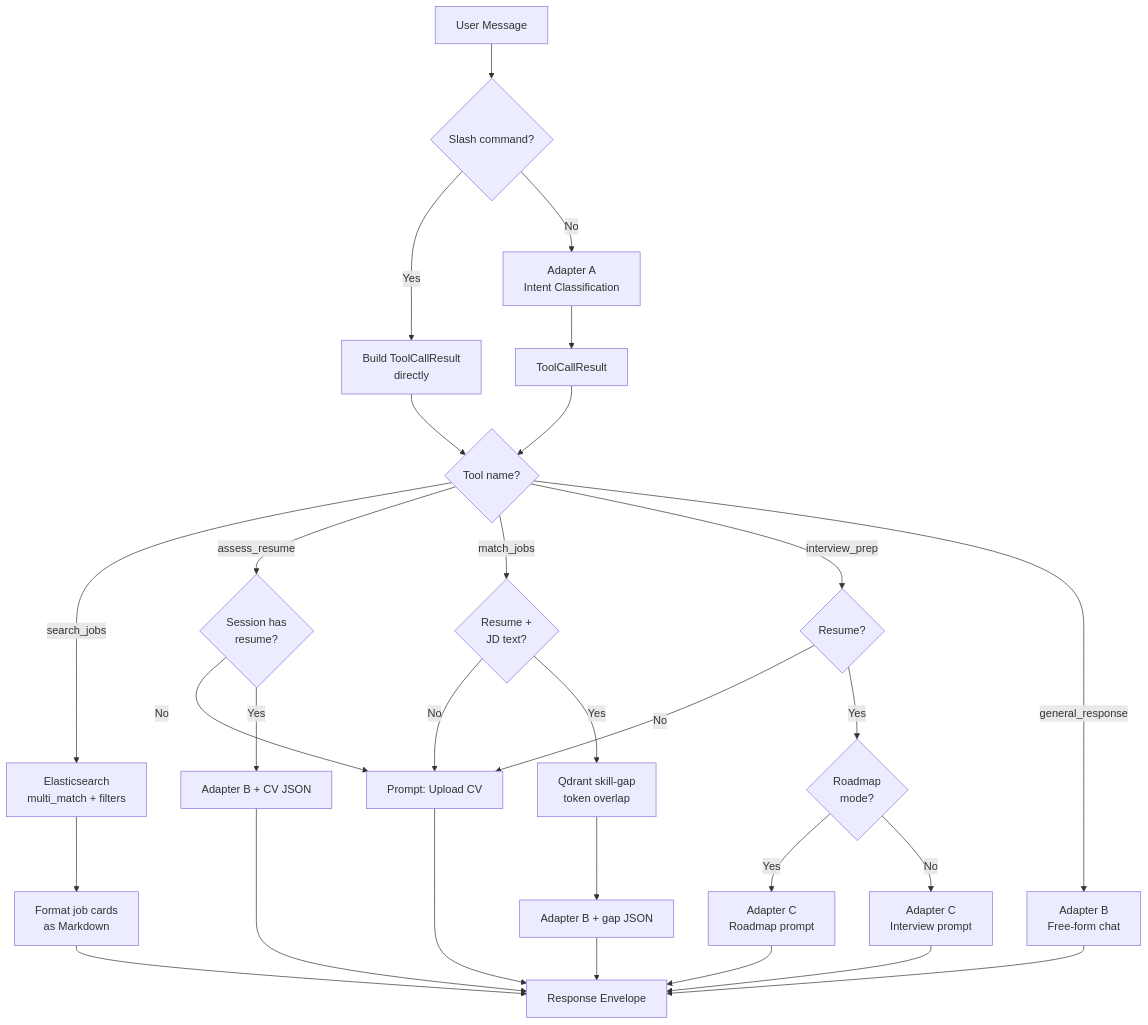
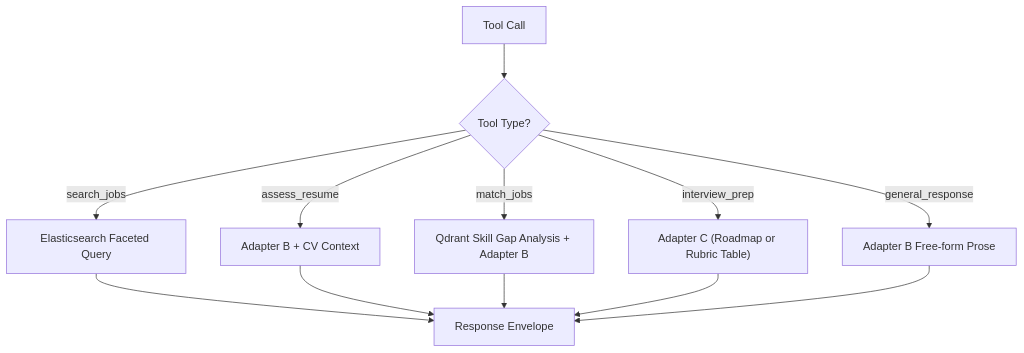
Before and after one commit to Vinhnguyen1227/Job-Market-Analytics-Platform: the third of 3 diagrams in chapter_7_thesis_1.md, drawn with Mermaid. The commit also changed other lines of this file and 46 other files, not shown here.

````diff
--- a/chapter_7_thesis_1.md
+++ b/chapter_7_thesis_1.md
@@ -158,37 +97,15 @@
 ```mermaid
 flowchart TD
-    M["User Message"] --> SL{"Slash command?"}
-    SL -->|"Yes"| TC["Build ToolCallResult<br>directly"]
-    SL -->|"No"| A["Adapter A<br>Intent Classification"]
-    A --> TC2["ToolCallResult"]
-    TC --> SW{"Tool name?"}
-    TC2 --> SW
+    TC["Tool Call"] --> SW{"Tool Type?"}
+    SW -->|"search_jobs"| ES["Elasticsearch Faceted Query"]
+    SW -->|"assess_resume"| B1["Adapter B + CV Context"]
+    SW -->|"match_jobs"| QD["Qdrant Skill Gap Analysis + Adapter B"]
+    SW -->|"interview_prep"| C1["Adapter C (Roadmap or Rubric Table)"]
+    SW -->|"general_response"| B2["Adapter B Free-form Prose"]
     
-    SW -->|"search_jobs"| ES["Elasticsearch<br>multi_match + filters"]
-    ES --> FMT["Format job cards<br>as Markdown"]
-    
-    SW -->|"assess_resume"| RES1{"Session has<br>resume?"}
-    RES1 -->|"No"| NR["Prompt: Upload CV"]
-    RES1 -->|"Yes"| B1["Adapter B + CV JSON"]
-    
-    SW -->|"match_jobs"| RES2{"Resume +<br>JD text?"}
-    RES2 -->|"No"| NR
-    RES2 -->|"Yes"| QD["Qdrant skill-gap<br>token overlap"]
-    QD --> B2["Adapter B + gap JSON"]
-    
-    SW -->|"interview_prep"| RES3{"Resume?"}
-    RES3 -->|"No"| NR
-    RES3 -->|"Yes"| MODE{"Roadmap<br>mode?"}
-    MODE -->|"Yes"| C1["Adapter C<br>Roadmap prompt"]
-    MODE -->|"No"| C2["Adapter C<br>Interview prompt"]
-    
-    SW -->|"general_response"| B3["Adapter B<br>Free-form chat"]
-    
-    FMT --> OUT["Response Envelope"]
+    ES --> OUT["Response Envelope"]
     B1 --> OUT
+    QD --> OUT
+    C1 --> OUT
     B2 --> OUT
-    C1 --> OUT
-    C2 --> OUT
-    B3 --> OUT
-    NR --> OUT
 ```
````
